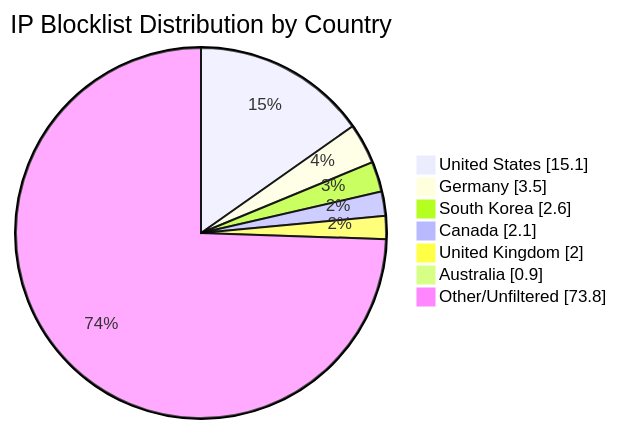
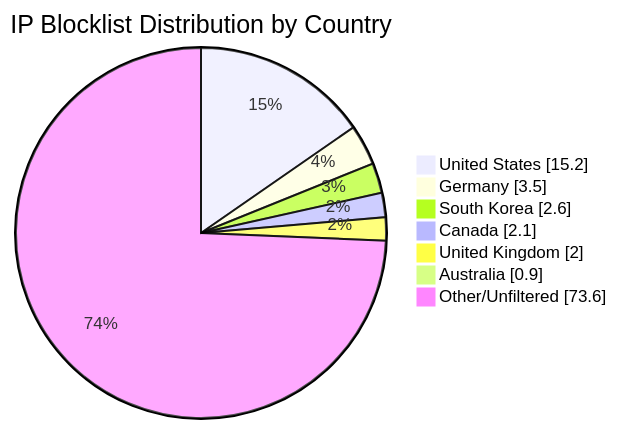
The diagram in README.md (MarcusHoltz/ipblocklist-geofiltered-aggregator), drawn with Mermaid before and after one commit. The commit also changed other lines of this file and 9 other files, not shown here.

````diff
--- a/README.md
+++ b/README.md
@@ -34,10 +34,10 @@
 ```mermaid
 pie showData title IP Blocklist Distribution by Country
-"United States" : 15.1
+"United States" : 15.2
 "Germany" : 3.5
 "South Korea" : 2.6
 "Canada" : 2.1
 "United Kingdom" : 2.0
 "Australia" : 0.9
-"Other/Unfiltered" : 73.8
+"Other/Unfiltered" : 73.6
 ```
````
